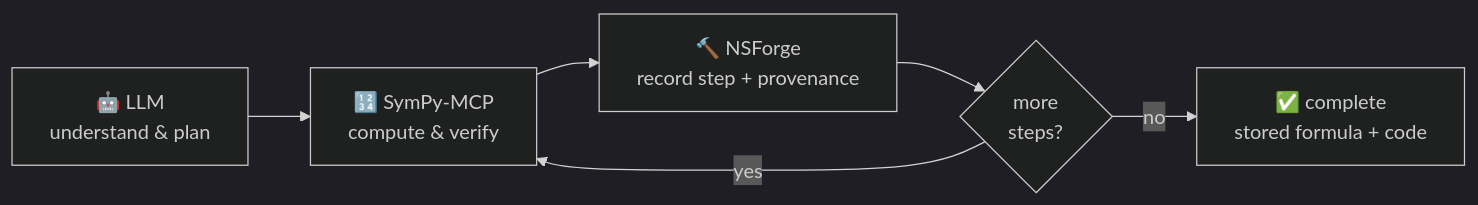
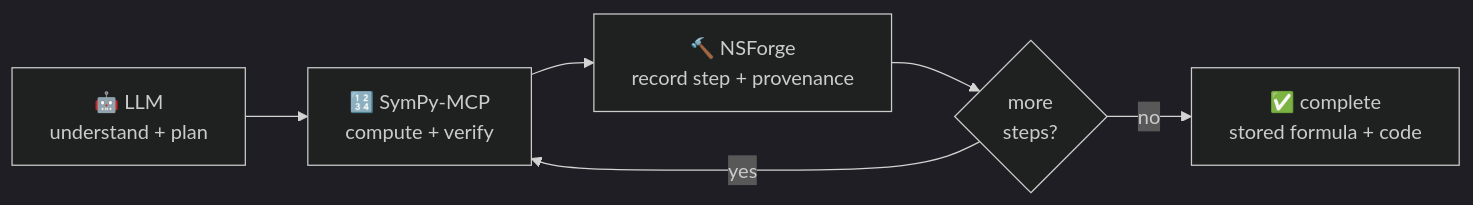
One commit to u9401066/nsforge-mcp changed the third of 6 diagrams in README.md. Above: the diagram before and after it, drawn with Mermaid (dark theme). The commit also changed other lines of this file and 2 other files, not shown here.

First line of the commit message:
docs(readme): fix hero badge spacing + harden Mermaid labels

````diff
--- a/README.md
+++ b/README.md
@@ -133,8 +133,8 @@
 ```mermaid
 flowchart LR
-    A["🤖 LLM<br/>understand &amp; plan"] --> B["🔢 SymPy-MCP<br/>compute &amp; verify"]
+    A["🤖 LLM<br/>understand + plan"] --> B["🔢 SymPy-MCP<br/>compute + verify"]
     B --> C["🔨 NSForge<br/>record step + provenance"]
     C --> D{"more<br/>steps?"}
     D -->|"yes"| B
     D -->|"no"| E["✅ complete<br/>stored formula + code"]
 ```
````
